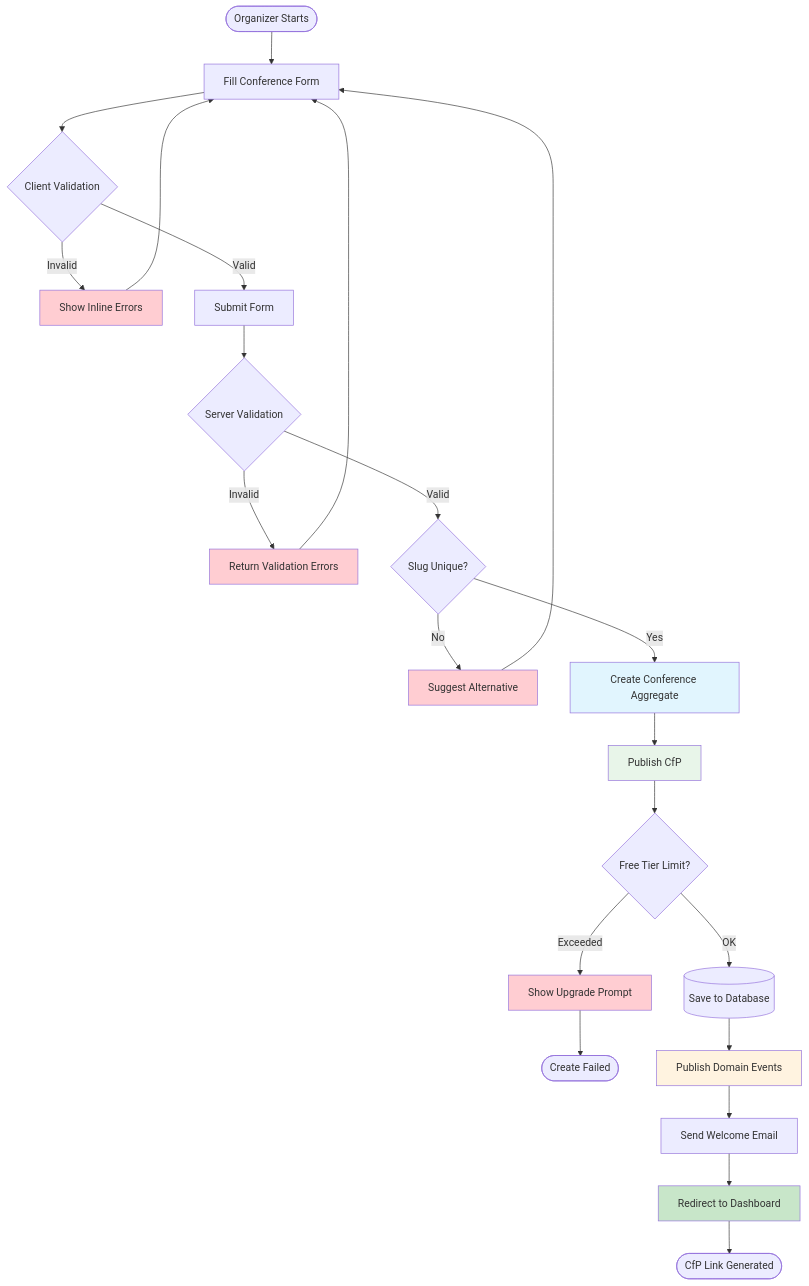
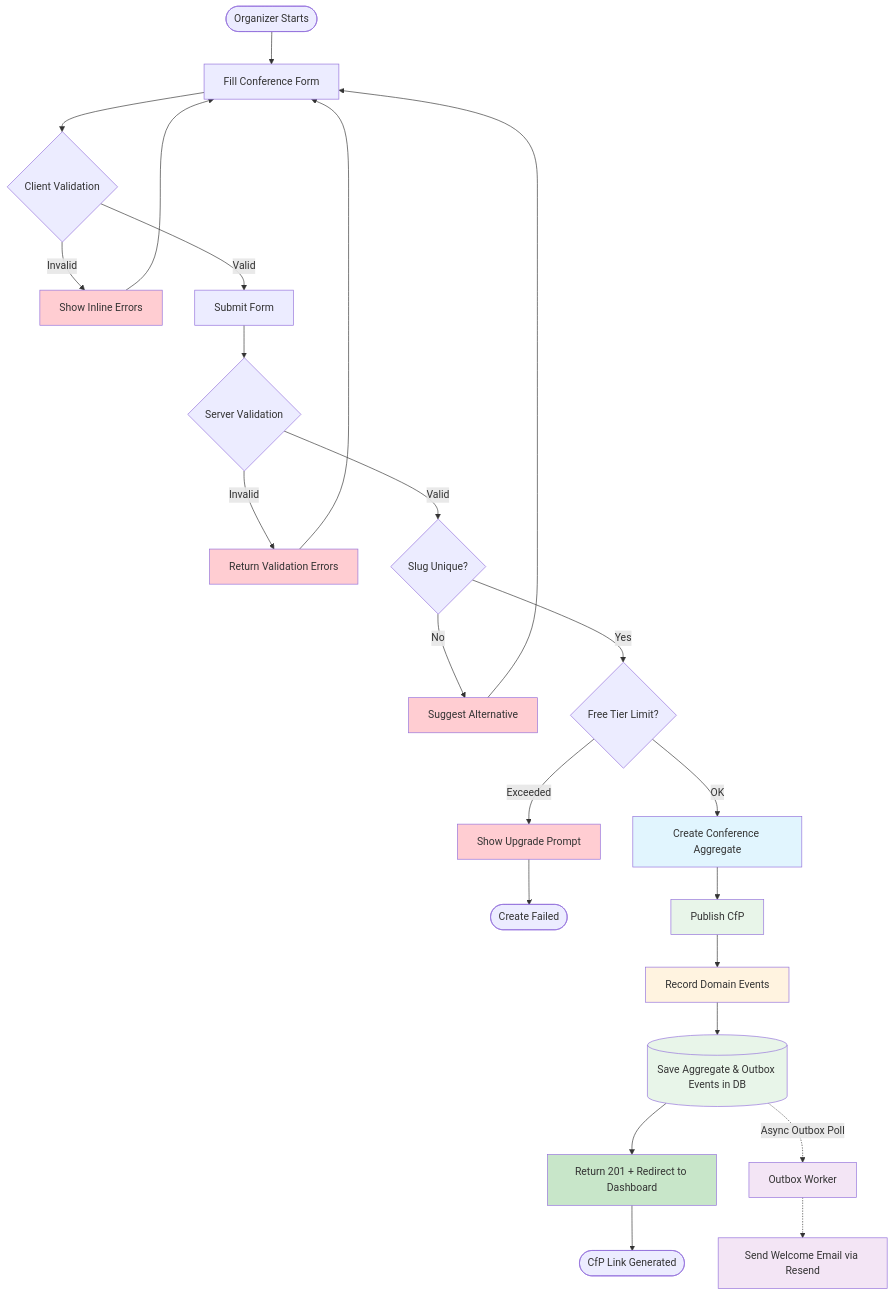
Before and after one commit to faparicior/SessioFlow: the second of 3 diagrams in docs/product/bounded-contexts/conference/flows/journey-01-setup-conference.md, drawn with Mermaid. The commit also changed other lines of this file and 4 other files, not shown here.

Commit message:
refactor: update monorepo structure, clarify DDD architectural patterns, and enhance developer guidelines for flow implementation

````diff
--- a/docs/product/bounded-contexts/conference/flows/journey-01-setup-conference.md
+++ b/docs/product/bounded-contexts/conference/flows/journey-01-setup-conference.md
@@ -273,42 +274,46 @@
 ```mermaid
 flowchart TB
     Start([Organizer Starts]) --> Form[Fill Conference Form]
     Form --> Validate{Client Validation}
     
     Validate -->|Invalid| Error1[Show Inline Errors]
     Error1 --> Form
     
     Validate -->|Valid| Submit[Submit Form]
     Submit --> ServerValidate{Server Validation}
     
     ServerValidate -->|Invalid| Error2[Return Validation Errors]
     Error2 --> Form
     
     ServerValidate -->|Valid| CheckSlug{Slug Unique?}
     CheckSlug -->|No| Error3[Suggest Alternative]
     Error3 --> Form
     
-    CheckSlug -->|Yes| CreateConference[Create Conference Aggregate]
-    CreateConference --> PublishCfp[Publish CfP]
-    
-    PublishCfp --> CheckTier{Free Tier Limit?}
+    CheckSlug -->|Yes| CheckTier{Free Tier Limit?}
     CheckTier -->|Exceeded| Error4[Show Upgrade Prompt]
     Error4 --> EndFail([Create Failed])
     
-    CheckTier -->|OK| SaveDB[(Save to Database)]
-    SaveDB --> PublishEvents[Publish Domain Events]
+    CheckTier -->|OK| CreateConference[Create Conference Aggregate]
+    CreateConference --> PublishCfp[Publish CfP]
     
-    PublishEvents --> SendEmail[Send Welcome Email]
-    SendEmail --> Success[Redirect to Dashboard]
+    PublishCfp --> RecordEvents[Record Domain Events]
+    RecordEvents --> SaveDB[(Save Aggregate & Outbox Events in DB)]
     
+    SaveDB --> Success[Return 201 + Redirect to Dashboard]
     Success --> EndSuccess([CfP Link Generated])
+    
+    SaveDB -.->|Async Outbox Poll| OutboxWorker[Outbox Worker]
+    OutboxWorker -.-> SendEmail[Send Welcome Email via Resend]
     
     style CreateConference fill:#e1f5fe
     style PublishCfp fill:#e8f5e9
-    style PublishEvents fill:#fff3e0
+    style RecordEvents fill:#fff3e0
+    style SaveDB fill:#e8f5e9
     style Success fill:#c8e6c9
+    style OutboxWorker fill:#f3e5f5
+    style SendEmail fill:#f3e5f5
     style Error1 fill:#ffcdd2
     style Error2 fill:#ffcdd2
     style Error3 fill:#ffcdd2
     style Error4 fill:#ffcdd2
 ```
````
